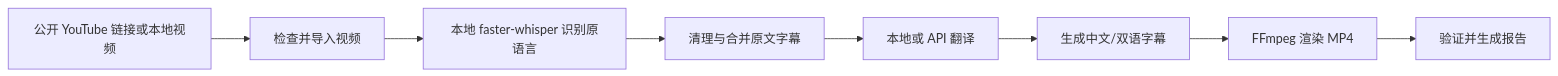
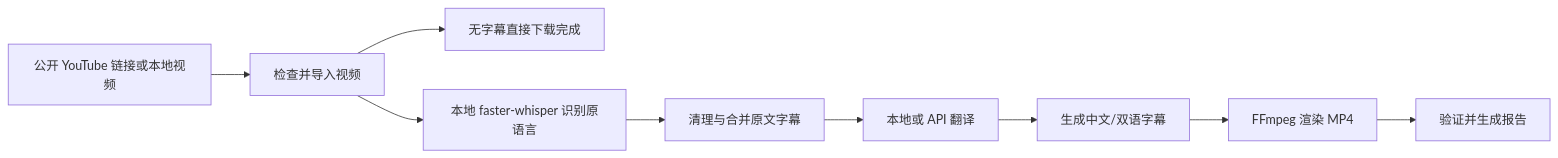
One commit to lujiangyancheng-jpg/youtube-chinese-localization-pipeline changed the diagram in docs/USER_GUIDE.zh-CN.md. Above: the diagram before and after it, drawn with Mermaid. The commit also changed other lines of this file and 13 other files, not shown here.

````diff
--- a/docs/USER_GUIDE.zh-CN.md
+++ b/docs/USER_GUIDE.zh-CN.md
@@ -24,10 +25,11 @@
 ```mermaid
 flowchart LR
     A["公开 YouTube 链接或本地视频"] --> B["检查并导入视频"]
+    B --> J["无字幕直接下载完成"]
     B --> C["本地 faster-whisper 识别原语言"]
     C --> D["清理与合并原文字幕"]
     D --> F["本地或 API 翻译"]
     F --> G["生成中文/双语字幕"]
     G --> H["FFmpeg 渲染 MP4"]
     H --> I["验证并生成报告"]
 ```
````
